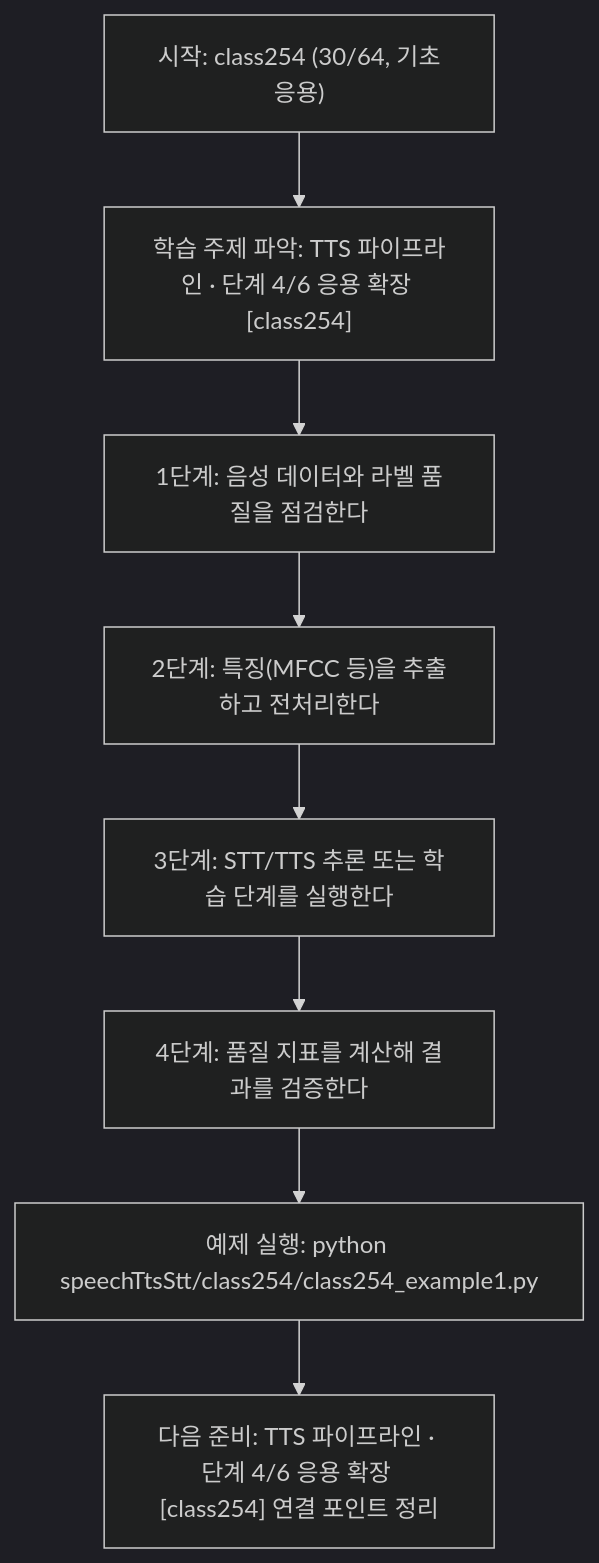
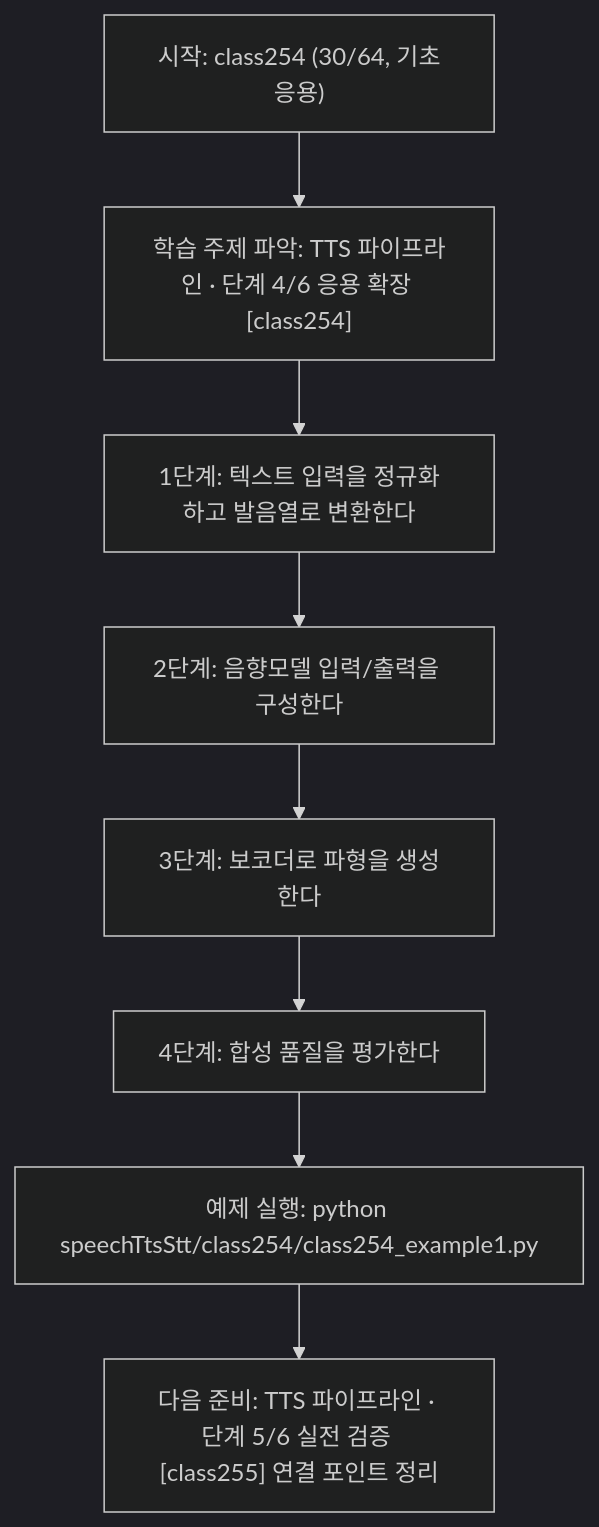
One commit to edumgt/Python-AI_Agent-Class changed the diagram in speechTtsStt/class254/class254.md. Above: the diagram before and after it, drawn with Mermaid (dark theme). The commit also changed other lines of this file and 1122 other files, not shown here.

````diff
--- a/speechTtsStt/class254/class254.md
+++ b/speechTtsStt/class254/class254.md
@@ -113,18 +95,18 @@
 ```mermaid
 flowchart TD
 N1["시작: class254 (30/64, 기초응용)"]
 N2["학습 주제 파악: TTS 파이프라인 · 단계 4/6 응용 확장 [class254]"]
-N3["1단계: 음성 데이터와 라벨 품질을 점검한다"]
-N4["2단계: 특징(MFCC 등)을 추출하고 전처리한다"]
-N5["3단계: STT/TTS 추론 또는 학습 단계를 실행한다"]
-N6["4단계: 품질 지표를 계산해 결과를 검증한다"]
+N3["1단계: 텍스트 입력을 정규화하고 발음열로 변환한다"]
+N4["2단계: 음향모델 입력/출력을 구성한다"]
+N5["3단계: 보코더로 파형을 생성한다"]
+N6["4단계: 합성 품질을 평가한다"]
 N7["예제 실행: python speechTtsStt/class254/class254_example1.py"]
-N8["다음 준비: TTS 파이프라인 · 단계 4/6 응용 확장 [class254] 연결 포인트 정리"]
+N8["다음 준비: TTS 파이프라인 · 단계 5/6 실전 검증 [class255] 연결 포인트 정리"]
 N1 --> N2
 N2 --> N3
 N3 --> N4
 N4 --> N5
 N5 --> N6
 N6 --> N7
 N7 --> N8
 ```
````
